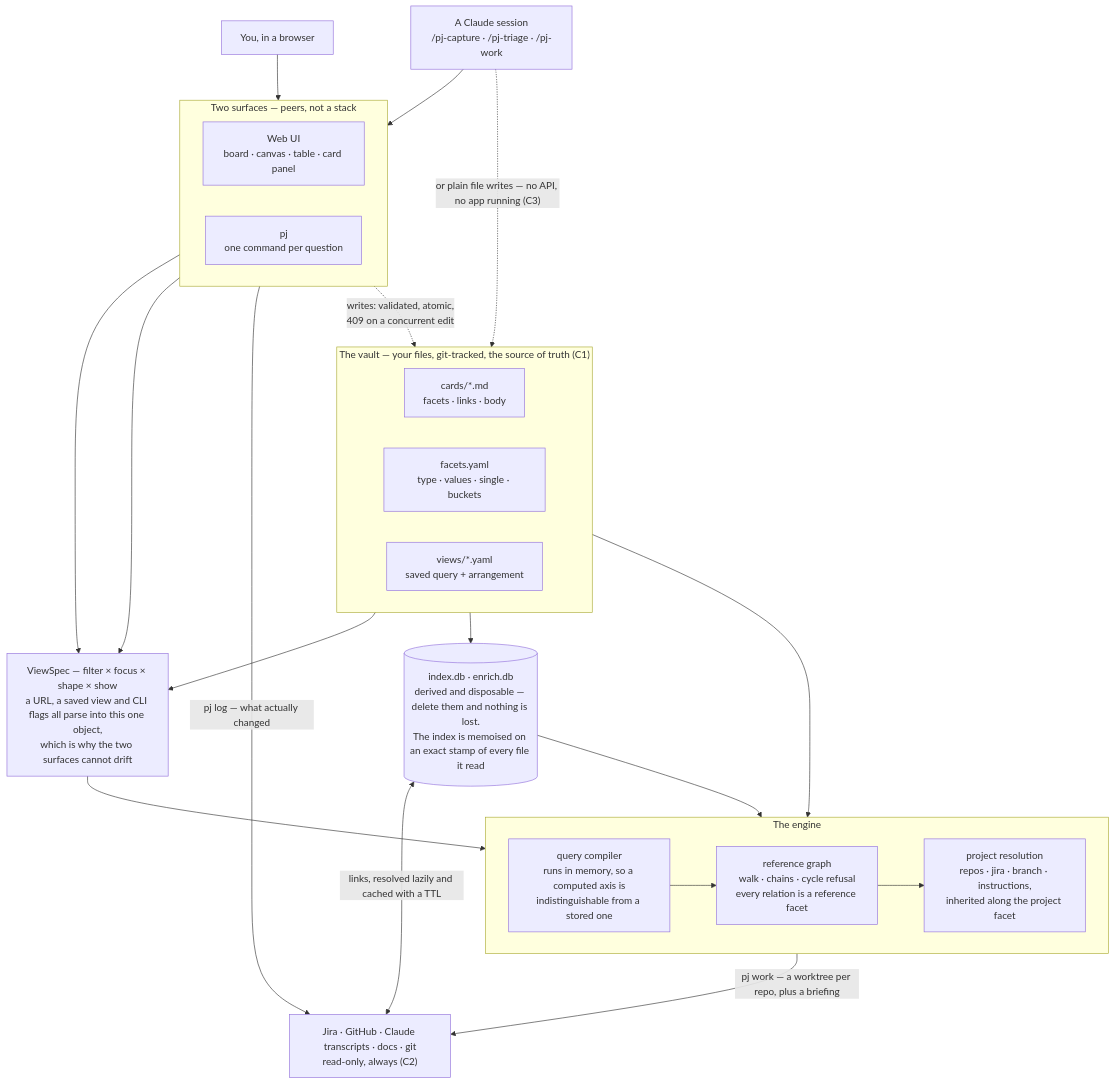
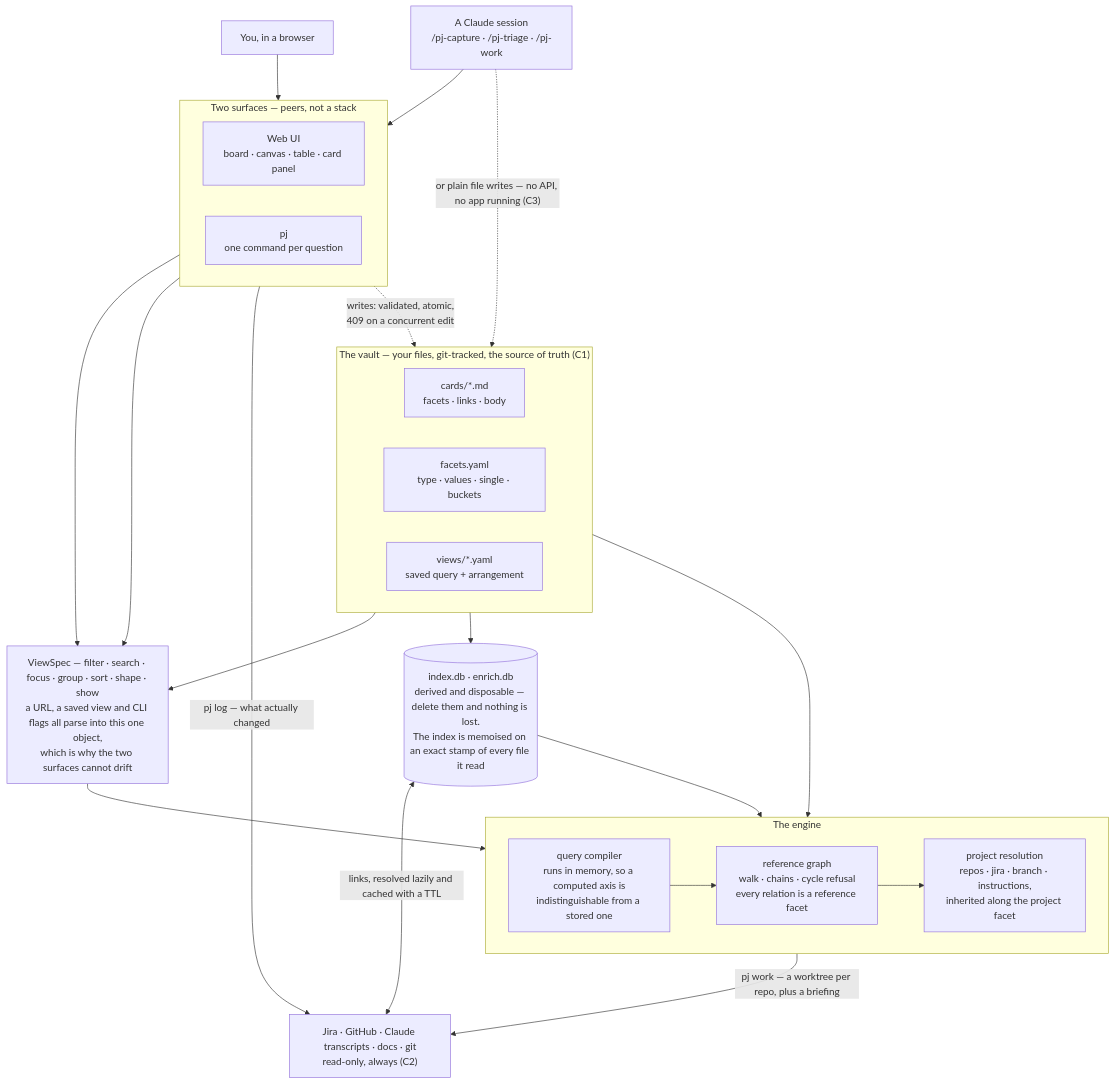
One commit to kramar42/projector changed the diagram in ARCHITECTURE.md. Above: the diagram before and after it, drawn with Mermaid. The commit also changed other lines of this file and 5 other files, not shown here.

````diff
--- a/ARCHITECTURE.md
+++ b/ARCHITECTURE.md
@@ -27,50 +27,50 @@
 ```mermaid
 flowchart TB
   subgraph vault["The vault — your files, git-tracked, the source of truth (C1)"]
     direction LR
     cards["cards/*.md<br/>facets · links · body"]
     fac["facets.yaml<br/>type · values · single · buckets"]
     vw["views/*.yaml<br/>saved query + arrangement"]
   end
 
   you["You, in a browser"]
   agent["A Claude session<br/>/pj-capture · /pj-triage · /pj-work"]
 
   subgraph surfaces["Two surfaces — peers, not a stack"]
     direction LR
     ui["Web UI<br/>board · canvas · table · card panel"]
     pj["pj<br/>one command per question"]
   end
 
   idx[("index.db · enrich.db<br/>derived and disposable — delete them and nothing is lost.<br/>The index is memoised on an exact stamp of every file it read")]
 
-  spec["ViewSpec — filter × focus × shape × show<br/>a URL, a saved view and CLI flags all parse into this one object,<br/>which is why the two surfaces cannot drift"]
+  spec["ViewSpec — filter · search · focus · group · sort · shape · show<br/>a URL, a saved view and CLI flags all parse into this one object,<br/>which is why the two surfaces cannot drift"]
 
   subgraph engine["The engine"]
     direction LR
     q["query compiler<br/>runs in memory, so a computed axis is<br/>indistinguishable from a stored one"]
     refs["reference graph<br/>walk · chains · cycle refusal<br/>every relation is a reference facet"]
     proj["project resolution<br/>repos · jira · branch · instructions,<br/>inherited along the project facet"]
   end
 
   outside["Jira · GitHub · Claude transcripts · docs · git<br/>read-only, always (C2)"]
 
   you --> ui
   agent --> pj
   vault --> idx
   vw --> spec
   ui --> spec
   pj --> spec
   fac --> q
   spec --> q
   idx --> q
   q --> refs
   refs --> proj
 
   surfaces -.->|"writes: validated, atomic,<br/>409 on a concurrent edit"| cards
   agent -.->|"or plain file writes — no API, no app running (C3)"| cards
 
   idx <-->|"links, resolved lazily and cached with a TTL"| outside
   proj -->|"pj work — a worktree per repo, plus a briefing"| outside
   pj -->|"pj log — what actually changed"| outside
 ```
````
